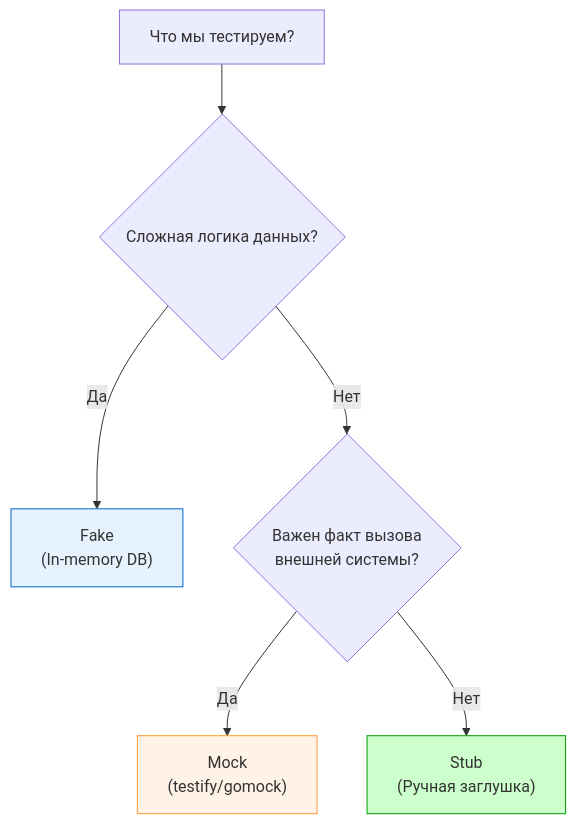
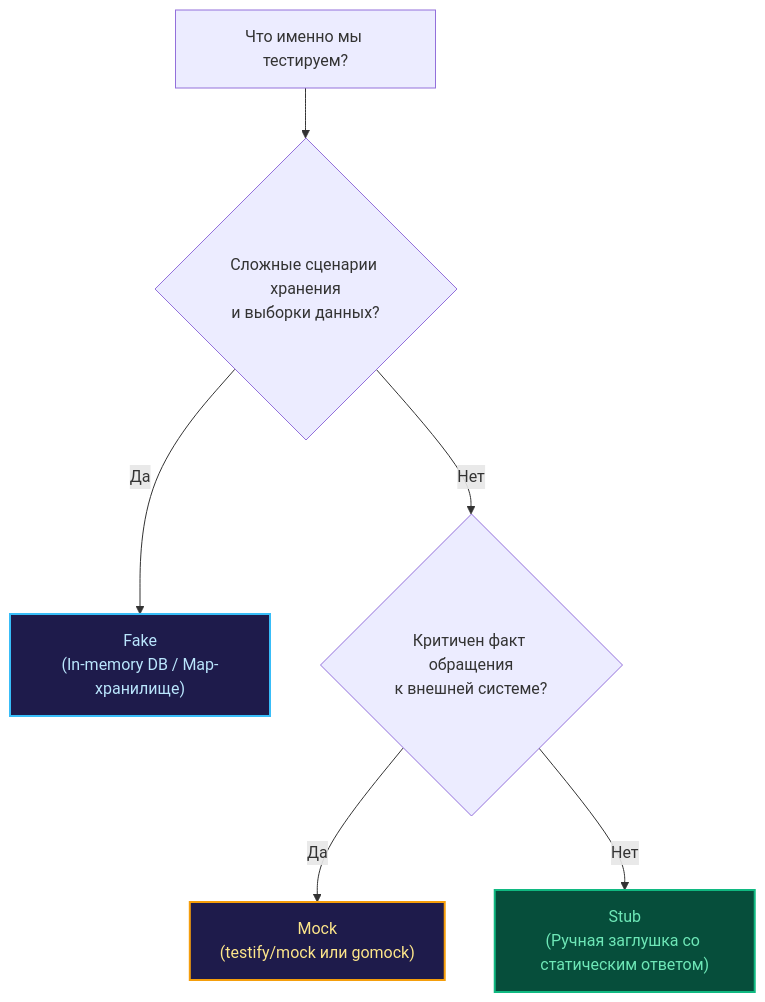
One commit to UnrealTemplier/go-textbook changed the diagram in sources/15. Тестирование в Go (QA & Testing)/04. Моки/6. Fake vs mock vs stub.md. Above: the diagram before and after it, drawn with Mermaid. The commit also changed other lines of this file, not shown here.

Commit message:
feat(module-15): editorial rewrite of lecture 6 (Fake vs mock vs stub) in Subsection 4 in Kernighan style

````diff
--- a/sources/15. Тестирование в Go (QA & Testing)/04. Моки/6. Fake vs mock vs stub.md
+++ b/sources/15. Тестирование в Go (QA & Testing)/04. Моки/6. Fake vs mock vs stub.md
@@ -88,12 +97,12 @@
 ```mermaid
 graph TD
-    A["Что мы тестируем?"] --> B{"Сложная логика данных?"}
-    B -->|Да| C["Fake <br>(In-memory DB)"]
-    B -->|Нет| D{"Важен факт вызова <br>внешней системы?"}
-    D -->|Да| E["Mock <br>(testify/gomock)"]
-    D -->|Нет| F["Stub <br>(Ручная заглушка)"]
+    A["Что именно мы тестируем?"] --> B{"Сложные сценарии хранения<br/>и выборки данных?"}
+    B -->|"Да"| C["Fake<br/>(In-memory DB / Map-хранилище)"]
+    B -->|"Нет"| D{"Критичен факт обращения<br/>к внешней системе?"}
+    D -->|"Да"| E["Mock<br/>(testify/mock или gomock)"]
+    D -->|"Нет"| F["Stub<br/>(Ручная заглушка со статическим ответом)"]
     
-    style C fill:#e6f3ff,stroke:#0066cc
-    style E fill:#fff2e6,stroke:#ff9933
-    style F fill:#ccffcc,stroke:#009900
+    style C fill:#1e1b4b,stroke:#38bdf8,stroke-width:2px,color:#bae6fd
+    style E fill:#1e1b4b,stroke:#f59e0b,stroke-width:2px,color:#fde68a
+    style F fill:#064e3b,stroke:#10b981,stroke-width:2px,color:#6ee7b7
 ```
````
